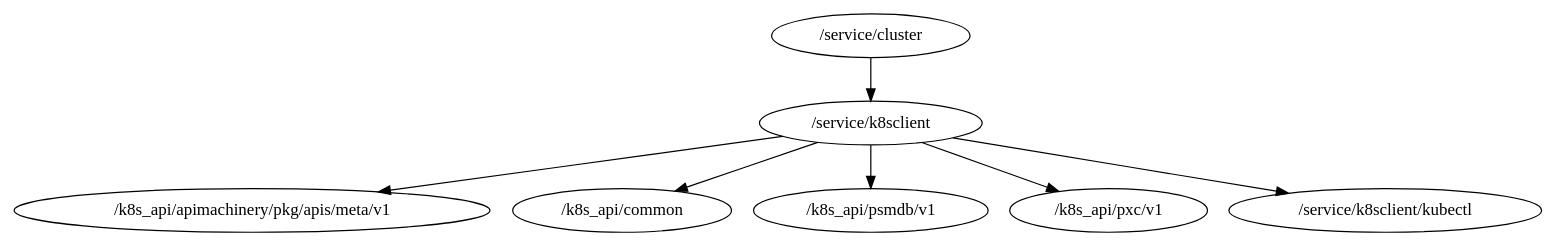
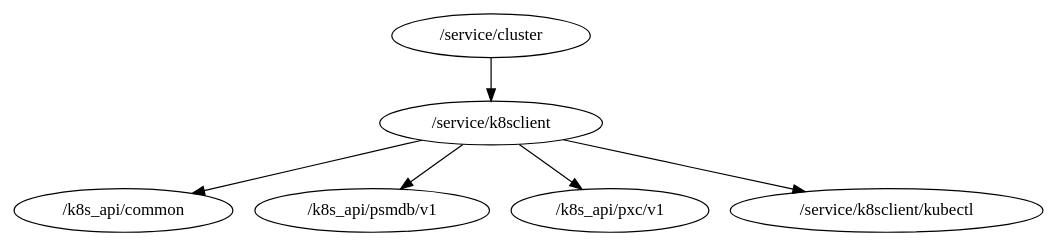
One commit to percona/dbaas-controller changed the diagram in packages.dot. Above: the diagram before and after it, drawn with Graphviz. The commit also changed 10 other files, not shown here.

```diff
--- a/packages.dot
+++ b/packages.dot
@@ -1,8 +1,7 @@
 digraph packages {
 	"/service/cluster" -> "/service/k8sclient";
-	"/service/k8sclient" -> "/k8s_api/apimachinery/pkg/apis/meta/v1";
 	"/service/k8sclient" -> "/k8s_api/common";
 	"/service/k8sclient" -> "/k8s_api/psmdb/v1";
 	"/service/k8sclient" -> "/k8s_api/pxc/v1";
 	"/service/k8sclient" -> "/service/k8sclient/kubectl";
 }
```
